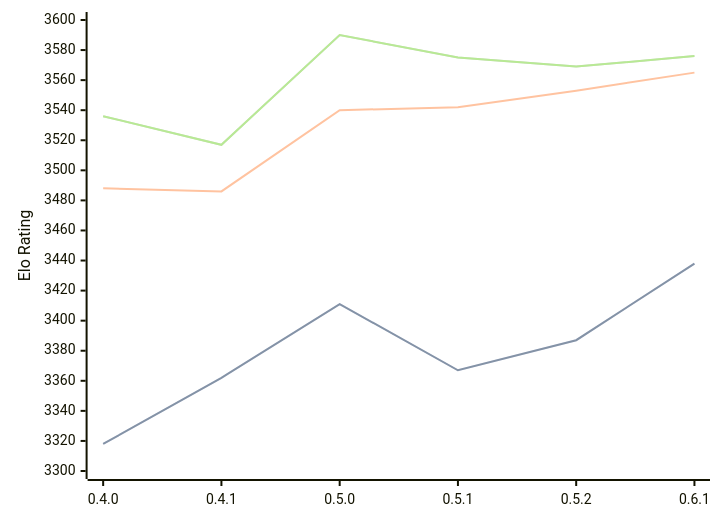
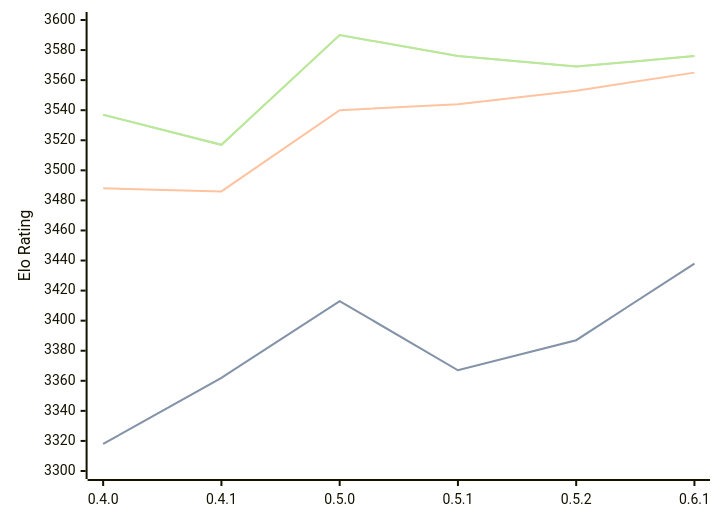
The diagram in engines/Cinder.md (computer-chess-index/cci), drawn with Mermaid before and after one commit. The commit also changed other lines of this file, not shown here.

Commit message:
Update CCI Ratings (ELO VLTC) - 2026-09-25

````diff
--- a/engines/Cinder.md
+++ b/engines/Cinder.md
@@ -37,11 +37,11 @@
 ```mermaid
 %%{init: {"theme":"base","themeVariables":{"seriesColors:['#a3a3a3','#222221','#faa371']}}}%%
 xychart-beta
   x-axis ["0.4.0", "0.4.1", "0.5.0", "0.5.1", "0.5.2", "0.6.1"]
   y-axis "Elo Rating" 3300 --> 3600
-  line "" [3318, 3362, 3411, 3367, 3387, 3438]
-  line "STC (8.0+0.08s)" [3318, 3362, 3411, 3367, 3387, 3438]
-  line "LTC (60.0+0.60s)" [3488, 3486, 3540, 3542, 3553, 3565]
-  line "" [3536, 3517, 3590, 3575, 3569, 3576]
-  line "VLTC (2m24s+1.12s)" [3536, 3517, 3590, 3575, 3569, 3576]
+  line "" [3318, 3362, 3413, 3367, 3387, 3438]
+  line "STC (8.0+0.08s)" [3318, 3362, 3413, 3367, 3387, 3438]
+  line "LTC (60.0+0.60s)" [3488, 3486, 3540, 3544, 3553, 3565]
+  line "" [3537, 3517, 3590, 3576, 3569, 3576]
+  line "VLTC (2m24s+1.12s)" [3537, 3517, 3590, 3576, 3569, 3576]
 ```
````
